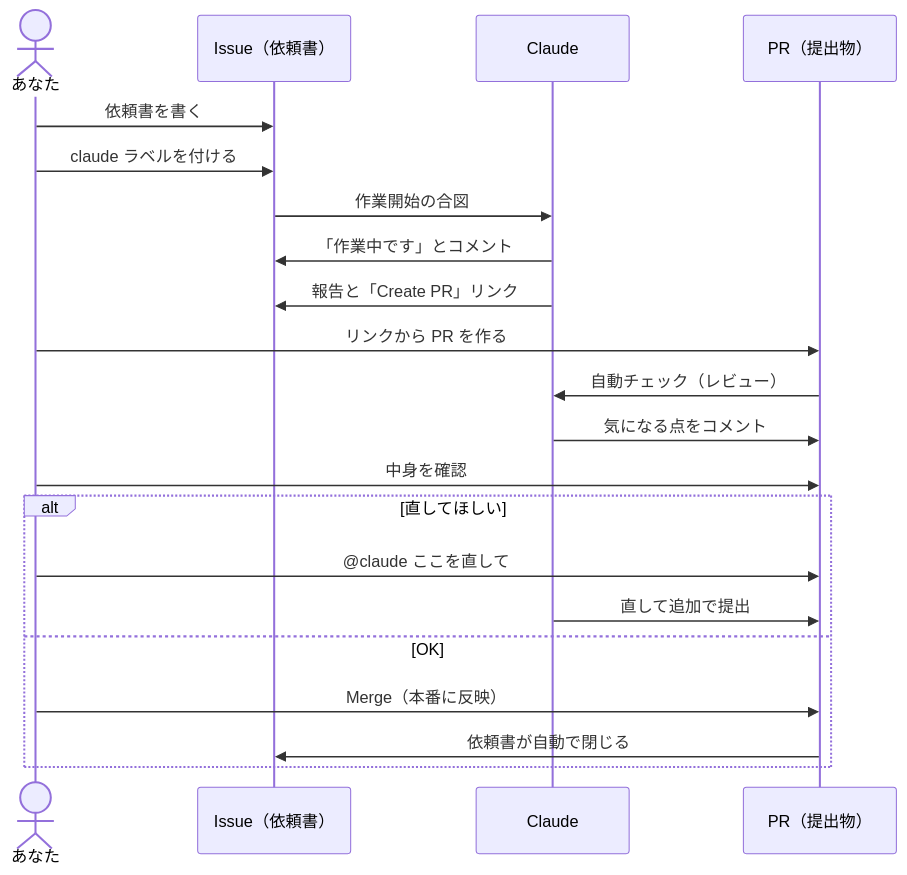
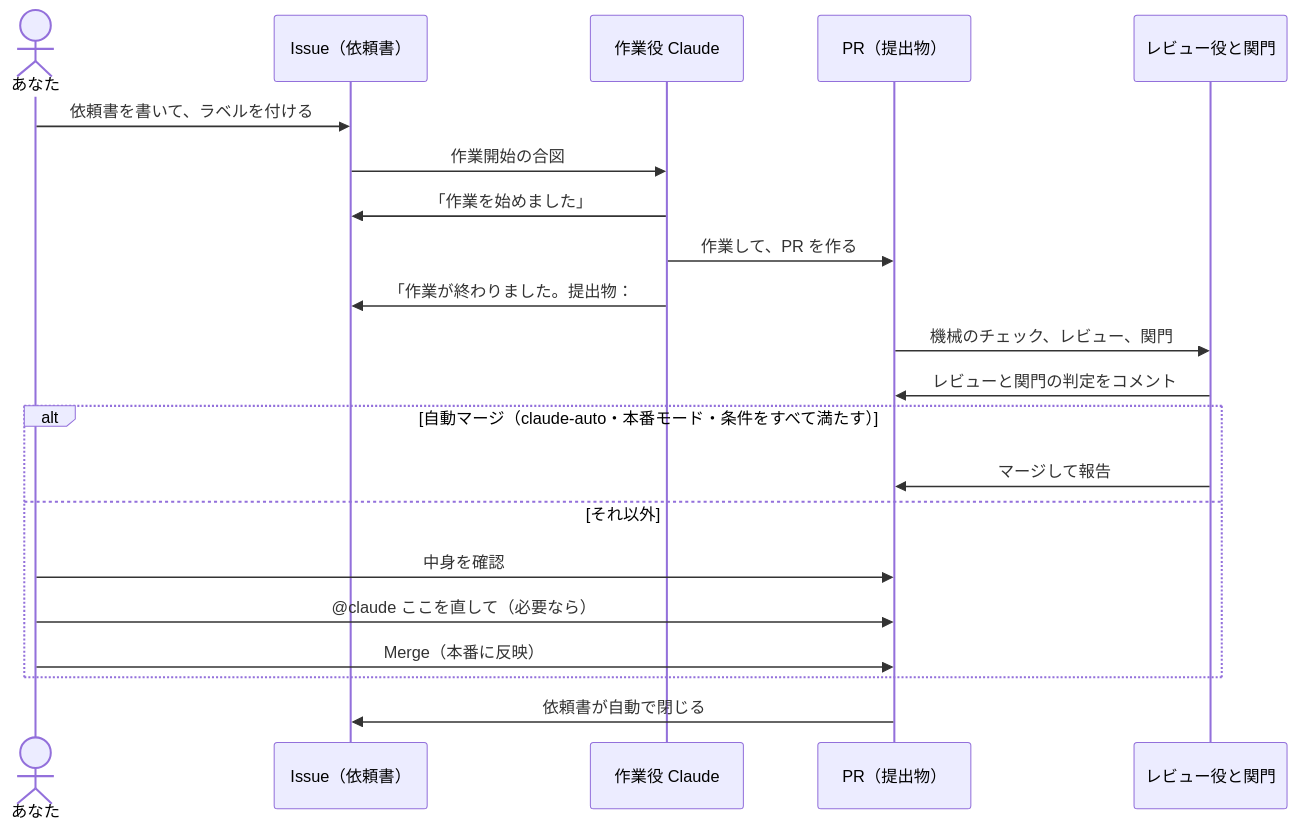
One commit to Kambara-Michiru/claude-issue-dev-starter changed the diagram in docs/04-daily-use.md. Above: the diagram before and after it, drawn with Mermaid. The commit also changed other lines of this file and 32 other files, not shown here.

````diff
--- a/docs/04-daily-use.md
+++ b/docs/04-daily-use.md
@@ -5,23 +16,23 @@
 ```mermaid
 sequenceDiagram
     actor U as あなた
     participant Issue as Issue（依頼書）
-    participant C as Claude
+    participant C as 作業役 Claude
     participant PR as PR（提出物）
-    U->>Issue: 依頼書を書く
-    U->>Issue: claude ラベルを付ける
+    participant R as レビュー役と関門
+    U->>Issue: 依頼書を書いて、ラベルを付ける
     Issue->>C: 作業開始の合図
-    C->>Issue: 「作業中です」とコメント
-    C->>Issue: 報告と「Create PR」リンク
-    U->>PR: リンクから PR を作る
-    PR->>C: 自動チェック（レビュー）
-    C->>PR: 気になる点をコメント
-    U->>PR: 中身を確認
-    alt 直してほしい
-        U->>PR: @claude ここを直して
-        C->>PR: 直して追加で提出
-    else OK
+    C->>Issue: 「作業を始めました」
+    C->>PR: 作業して、PR を作る
+    C->>Issue: 「作業が終わりました。提出物：#番号」
+    PR->>R: 機械のチェック、レビュー、関門
+    R->>PR: レビューと関門の判定をコメント
+    alt 自動マージ（claude-auto・本番モード・条件をすべて満たす）
+        R->>PR: マージして報告
+    else それ以外
+        U->>PR: 中身を確認
+        U->>PR: @claude ここを直して（必要なら）
         U->>PR: Merge（本番に反映）
-        PR->>Issue: 依頼書が自動で閉じる
     end
+    PR->>Issue: 依頼書が自動で閉じる
 ```
````
